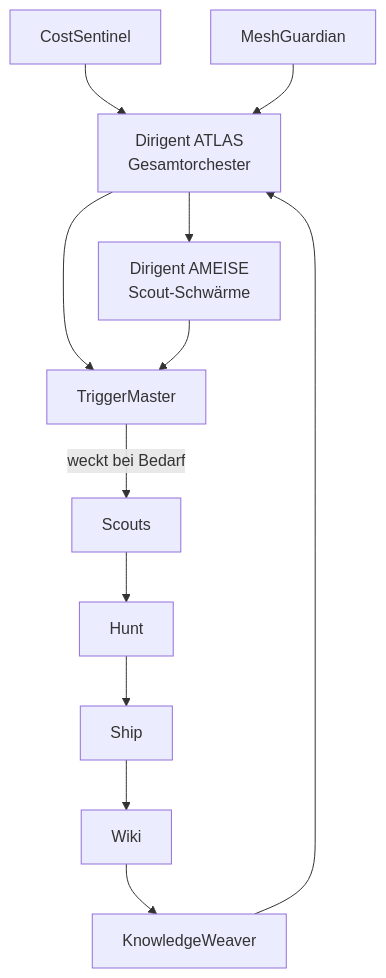
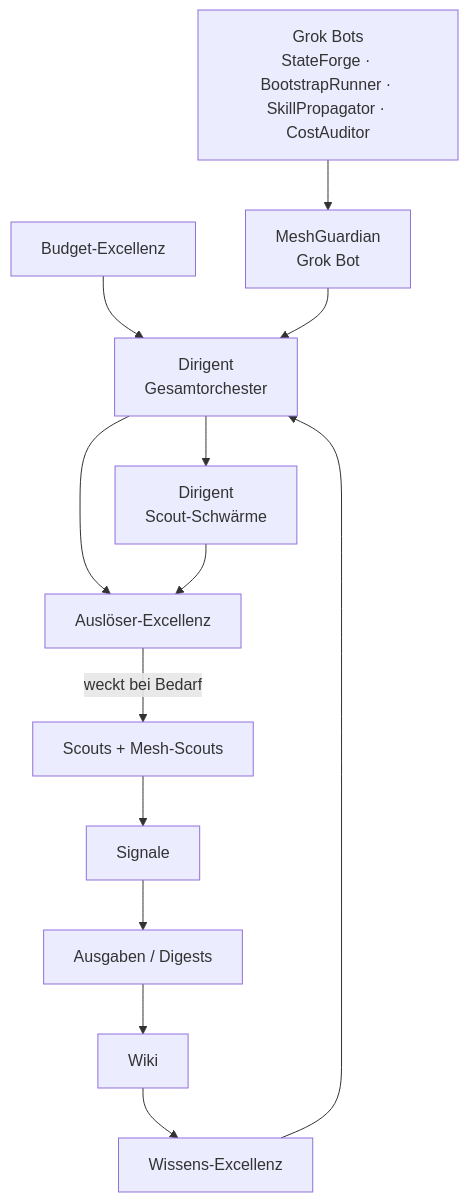
One commit to Rosary-mom/worldmonitor changed the first of 2 diagrams in public/rosary-atlas/04-Gesamt-Orchester-Loop.md. Above: the diagram before and after it, drawn with Mermaid. The commit also changed other lines of this file and 5 other files, not shown here.

````diff
--- a/public/rosary-atlas/04-Gesamt-Orchester-Loop.md
+++ b/public/rosary-atlas/04-Gesamt-Orchester-Loop.md
@@ -3,14 +3,15 @@
 ```mermaid
 flowchart TD
-    ATLAS[Dirigent ATLAS<br/>Gesamtorchester] --> AMEISE[Dirigent AMEISE<br/>Scout-Schwärme]
-    ATLAS --> TM[TriggerMaster]
-    AMEISE --> TM
-    TM -->|weckt bei Bedarf| Scouts
-    Scouts --> Hunt
-    Hunt --> Ship
+    DIR1[Dirigent<br/>Gesamtorchester] --> DIR2[Dirigent<br/>Scout-Schwärme]
+    DIR1 --> TM[Auslöser-Excellenz]
+    DIR2 --> TM
+    TM -->|weckt bei Bedarf| Scouts[Scouts + Mesh-Scouts]
+    Scouts --> Sig[Signale]
+    Sig --> Ship[Ausgaben / Digests]
     Ship --> Wiki
-    Wiki --> KnowledgeWeaver
-    KnowledgeWeaver --> ATLAS
-    CostSentinel --> ATLAS
-    MeshGuardian --> ATLAS
+    Wiki --> KW[Wissens-Excellenz]
+    KW --> DIR1
+    CS[Budget-Excellenz] --> DIR1
+    MG[MeshGuardian<br/>Grok Bot] --> DIR1
+    GB[Grok Bots<br/>StateForge · BootstrapRunner · SkillPropagator · CostAuditor] --> MG
 ```
````
